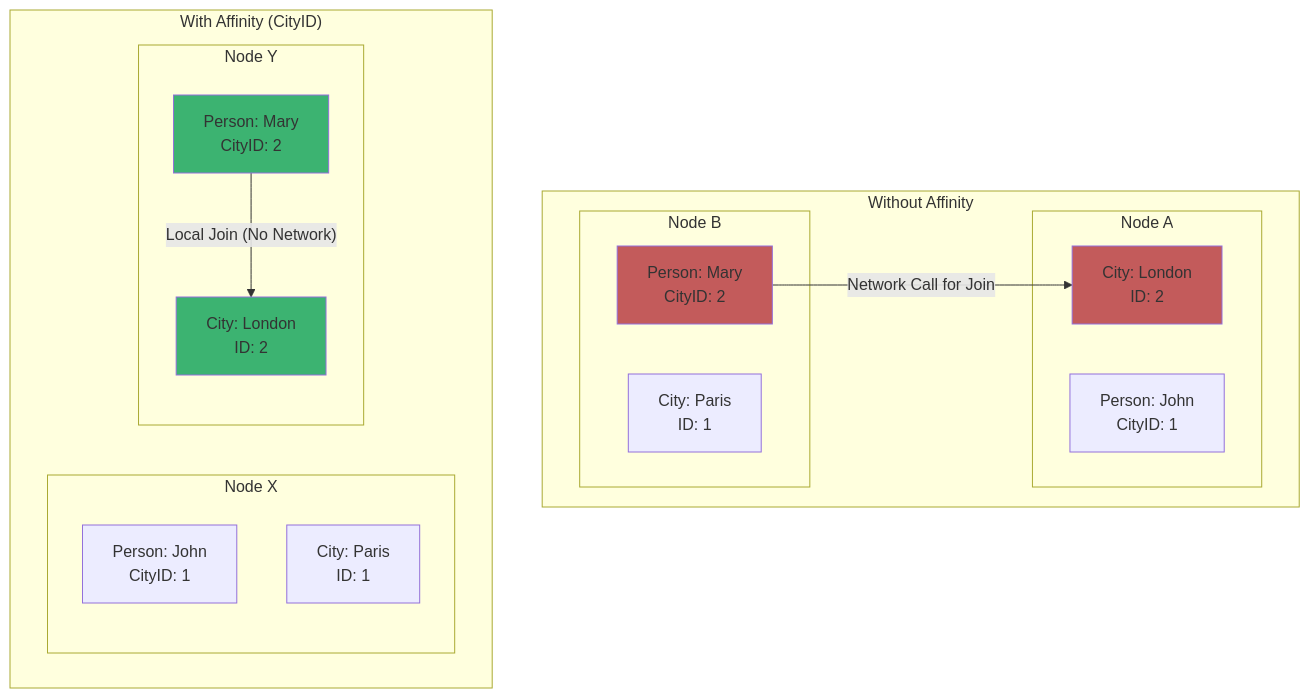
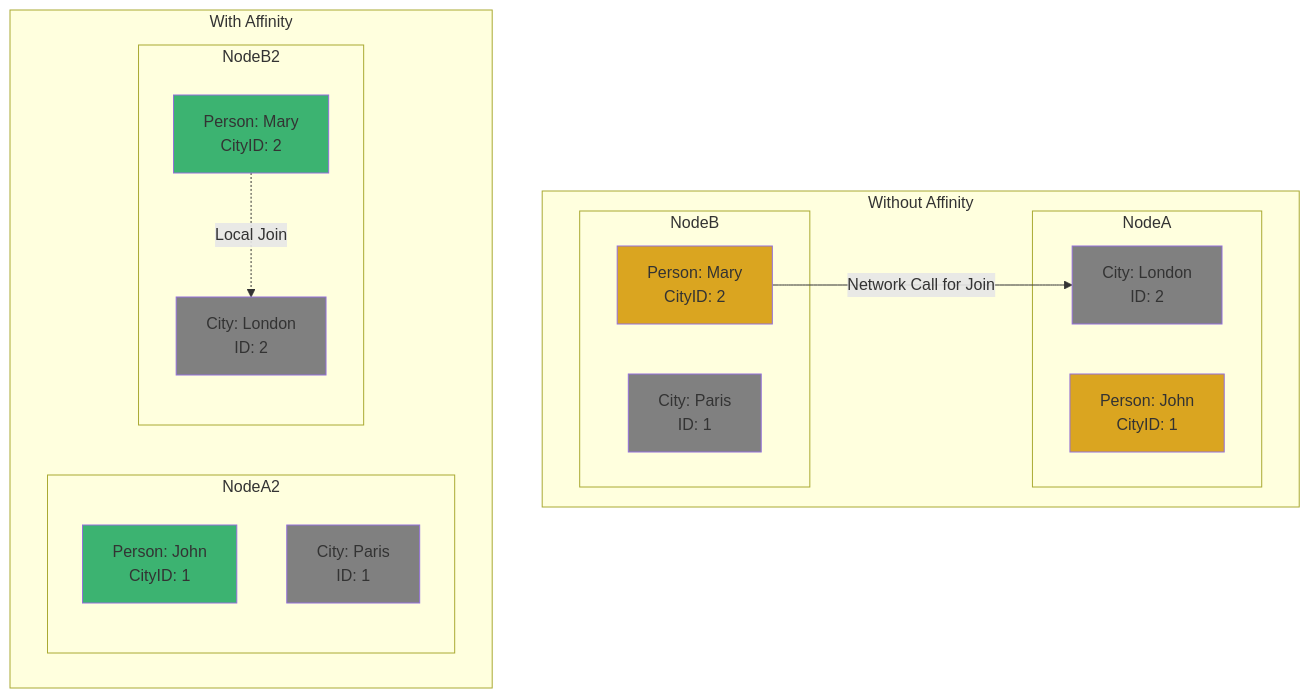
One commit to JadenMeister/Ignite-redis-theory changed the first of 2 diagrams in chapters/chapter5.md. Above: the diagram before and after it, drawn with Mermaid. The commit also changed other lines of this file and 4 other files, not shown here.

````diff
--- a/chapters/chapter5.md
+++ b/chapters/chapter5.md
@@ -38,31 +38,35 @@
 ```mermaid
 graph TD
     subgraph "Without Affinity"
-        subgraph Node A
+        subgraph NodeA
             P1[Person: John<br>CityID: 1]
             C2[City: London<br>ID: 2]
         end
-        subgraph Node B
+        subgraph NodeB
             P2[Person: Mary<br>CityID: 2]
             C1[City: Paris<br>ID: 1]
         end
         P2 -- "Network Call for Join" --> C2
     end
 
-    subgraph "With Affinity (CityID)"
-        subgraph Node X
-            P1_A[Person: John<br>CityID: 1]
-            C1_A[City: Paris<br>ID: 1]
+    subgraph "With Affinity"
+        subgraph NodeA2
+            P1A[Person: John<br>CityID: 1]
+            C1A[City: Paris<br>ID: 1]
         end
-        subgraph Node Y
-            P2_A[Person: Mary<br>CityID: 2]
-            C2_A[City: London<br>ID: 2]
+        subgraph NodeB2
+            P2A[Person: Mary<br>CityID: 2]
+            C2A[City: London<br>ID: 2]
         end
-        P2_A -- "Local Join (No Network)" --> C2_A
+        P2A -. "Local Join" .-> C2A
     end
 
-    style P2 fill:#c35b5b
-    style C2 fill:#c35b5b
-    style P2_A fill:#3cb371
-    style C2_A fill:#3cb371
+    style P1 fill:#daa520
+    style P2 fill:#daa520
+    style P1A fill:#3cb371
+    style P2A fill:#3cb371
+    style C1 fill:#808080
+    style C2 fill:#808080
+    style C1A fill:#808080
+    style C2A fill:#808080
 ```
````
